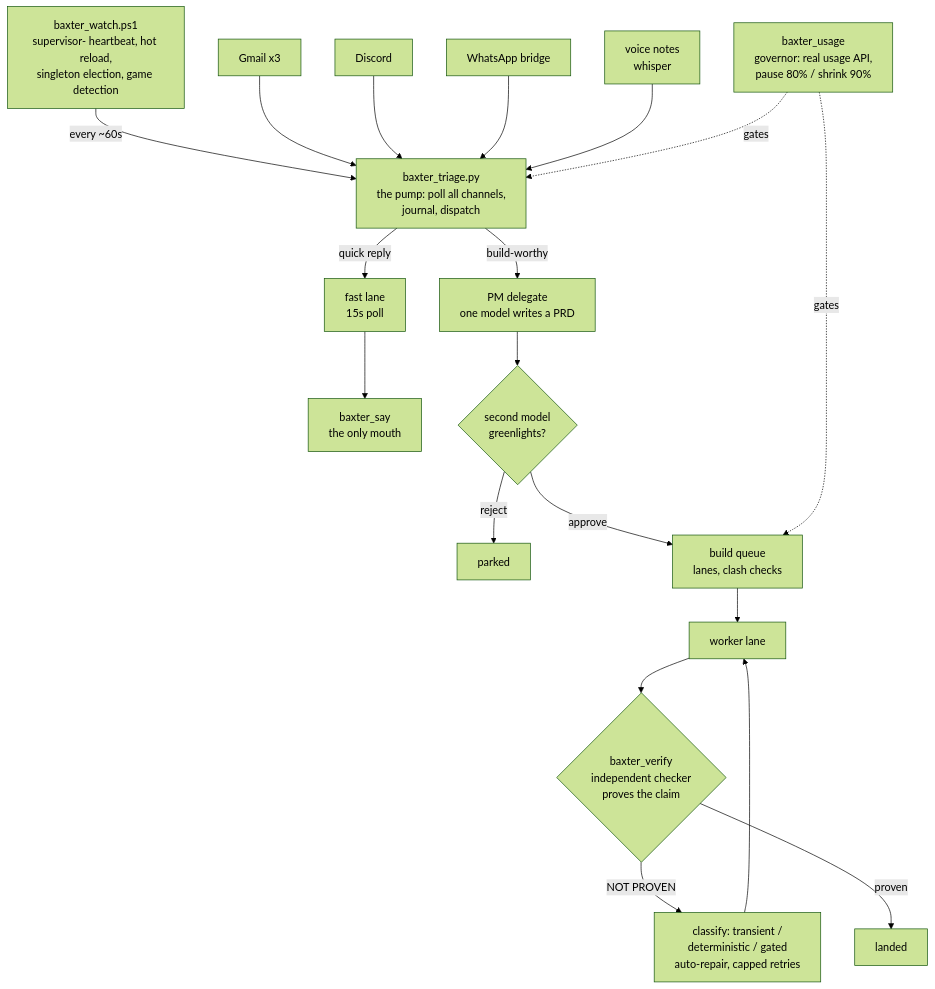
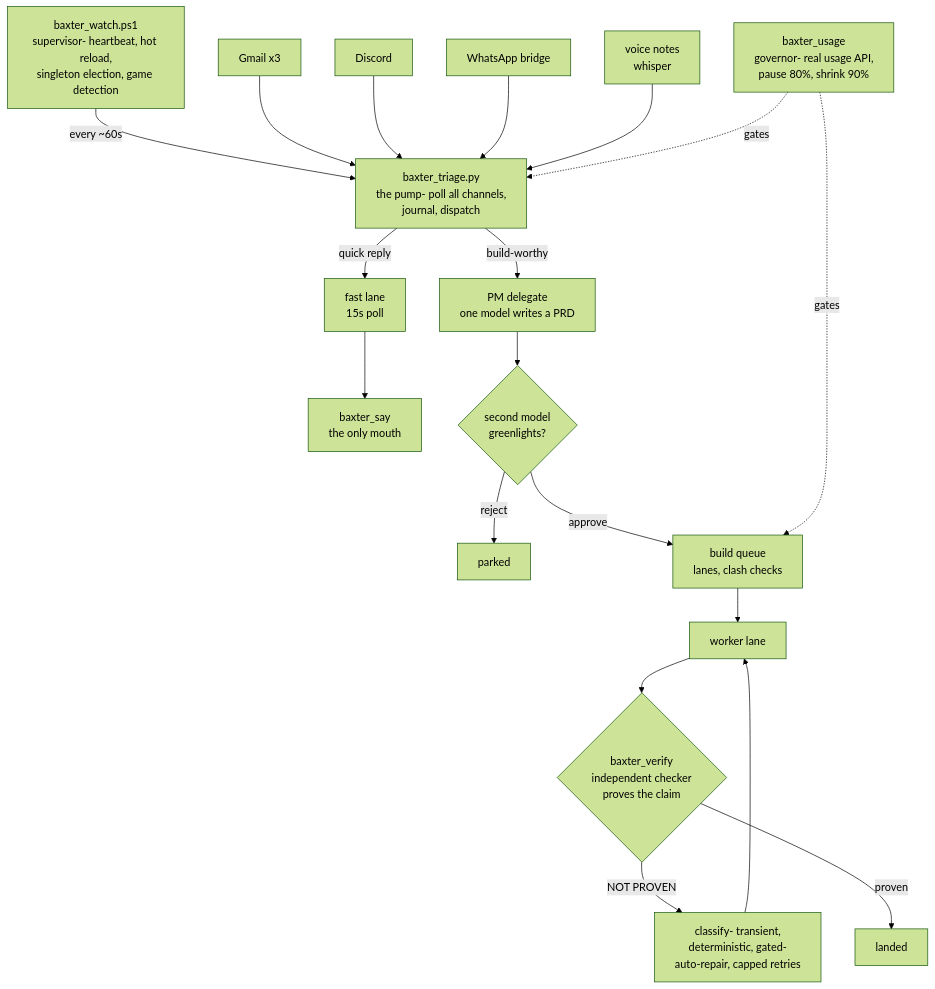
One commit to LolStar123/baxter changed the diagram in README.md. Above: the diagram before and after it, drawn with Mermaid (forest theme).

Commit message:
README: quote mermaid node labels so GitHub renders the diagram
Claude-Session: https://claude.ai/code/session_01RASHibZzuJzyiUZPe8VdKD

````diff
--- a/README.md
+++ b/README.md
@@ -25,20 +25,20 @@
 ```mermaid
 flowchart TD
-    W[baxter_watch.ps1<br/>supervisor- heartbeat, hot reload,<br/>singleton election, game detection] -->|every ~60s| T[baxter_triage.py<br/>the pump: poll all channels,<br/>journal, dispatch]
-    G[Gmail x3] --> T
-    D[Discord] --> T
-    WA[WhatsApp bridge] --> T
-    V[voice notes<br/>whisper] --> T
-    T -->|quick reply| F[fast lane<br/>15s poll] --> SAY[baxter_say<br/>the only mouth]
-    T -->|build-worthy| PM[PM delegate<br/>one model writes a PRD]
-    PM --> MGR{second model<br/>greenlights?}
-    MGR -->|reject| PARK[parked]
-    MGR -->|approve| Q[build queue<br/>lanes, clash checks]
-    Q --> LANE[worker lane]
-    LANE --> VER{baxter_verify<br/>independent checker<br/>proves the claim}
-    VER -->|NOT PROVEN| REPAIR[classify: transient /<br/>deterministic / gated<br/>auto-repair, capped retries]
+    W["baxter_watch.ps1<br/>supervisor- heartbeat, hot reload,<br/>singleton election, game detection"] -->|"every ~60s"| T["baxter_triage.py<br/>the pump- poll all channels,<br/>journal, dispatch"]
+    G["Gmail x3"] --> T
+    D["Discord"] --> T
+    WA["WhatsApp bridge"] --> T
+    V["voice notes<br/>whisper"] --> T
+    T -->|"quick reply"| F["fast lane<br/>15s poll"] --> SAY["baxter_say<br/>the only mouth"]
+    T -->|"build-worthy"| PM["PM delegate<br/>one model writes a PRD"]
+    PM --> MGR{"second model<br/>greenlights?"}
+    MGR -->|"reject"| PARK["parked"]
+    MGR -->|"approve"| Q["build queue<br/>lanes, clash checks"]
+    Q --> LANE["worker lane"]
+    LANE --> VER{"baxter_verify<br/>independent checker<br/>proves the claim"}
+    VER -->|"NOT PROVEN"| REPAIR["classify- transient,<br/>deterministic, gated-<br/>auto-repair, capped retries"]
     REPAIR --> LANE
-    VER -->|proven| LAND[landed]
-    U[baxter_usage<br/>governor: real usage API,<br/>pause 80% / shrink 90%] -.gates.-> T
-    U -.gates.-> Q
+    VER -->|"proven"| LAND["landed"]
+    U["baxter_usage<br/>governor- real usage API,<br/>pause 80%, shrink 90%"] -. gates .-> T
+    U -. gates .-> Q
 ```
````
